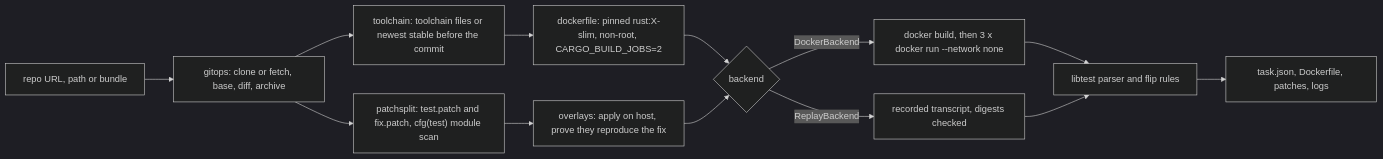
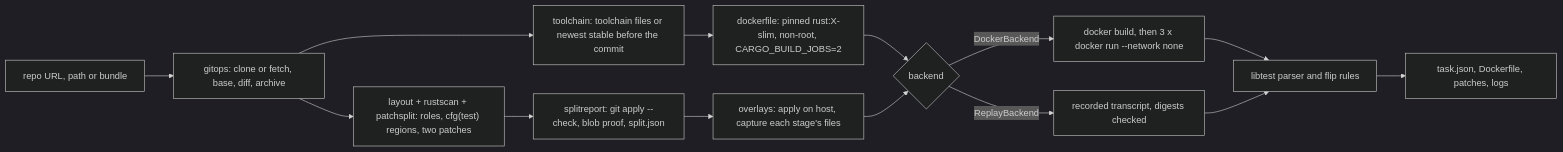
The diagram in README.md (vipul21435/cargorewind), drawn with Mermaid (dark theme) before and after one commit. The commit also changed other lines of this file and 2 other files, not shown here.

First line of the commit message:
docs: document the Rust-aware split and tick slice 1 in PLAN.md

````diff
--- a/README.md
+++ b/README.md
@@ -161,15 +250,16 @@
 ```mermaid
 flowchart LR
     SRC["repo URL, path or bundle"] --> GIT["gitops: clone or fetch, base, diff, archive"]
-    GIT --> SPLIT["patchsplit: test.patch and fix.patch, cfg(test) module scan"]
+    GIT --> SPLIT["layout + rustscan + patchsplit: roles, cfg(test) regions, two patches"]
+    SPLIT --> CHECK["splitreport: git apply --check, blob proof, split.json"]
     GIT --> TC["toolchain: toolchain files or newest stable before the commit"]
     TC --> DF["dockerfile: pinned rust:X-slim, non-root, CARGO_BUILD_JOBS=2"]
-    SPLIT --> OV["overlays: apply on host, prove they reproduce the fix"]
+    CHECK --> OV["overlays: apply on host, capture each stage's files"]
     DF --> BE{"backend"}
     OV --> BE
     BE -->|DockerBackend| RUN["docker build, then 3 x docker run --network none"]
     BE -->|ReplayBackend| REC["recorded transcript, digests checked"]
     RUN --> LT["libtest parser and flip rules"]
     REC --> LT
     LT --> OUT["task.json, Dockerfile, patches, logs"]
 ```
````
